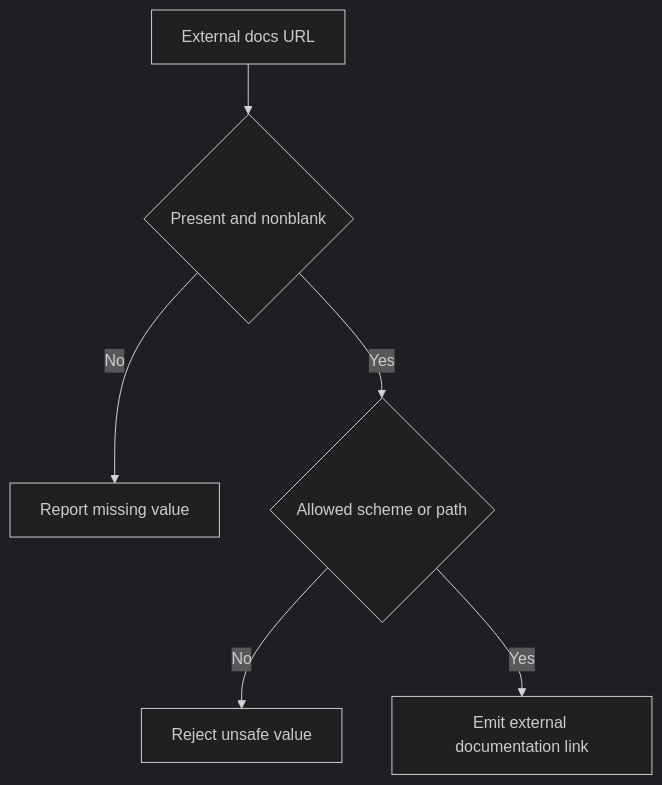
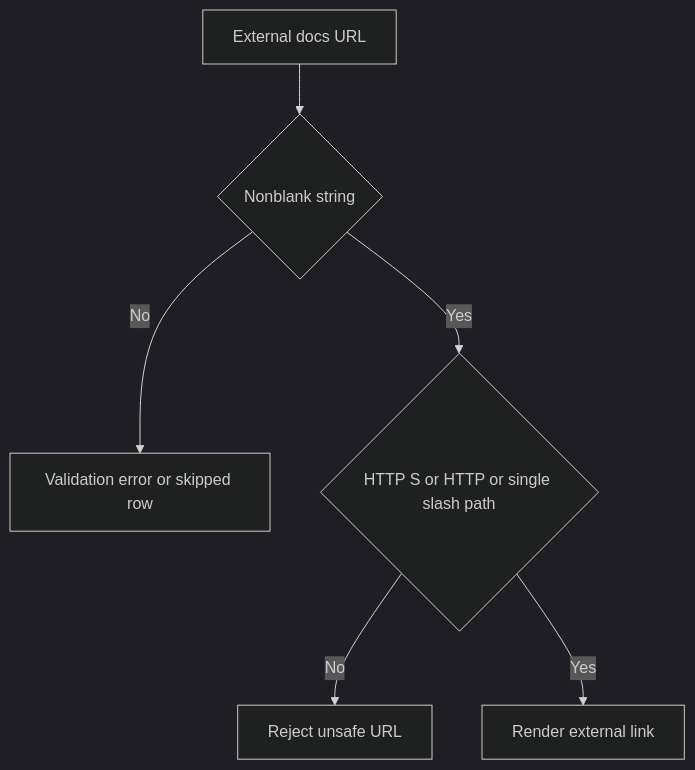
The second of 3 diagrams in openwiki/workflows/integration-listing-automation.md (langchain-ai/docs), drawn with Mermaid (dark theme) before and after one commit. The commit also changed other lines of this file and 20 other files, not shown here.

````diff
--- a/openwiki/workflows/integration-listing-automation.md
+++ b/openwiki/workflows/integration-listing-automation.md
@@ -132,8 +94,8 @@
 ```mermaid
 flowchart TD
-    Value["External docs URL"] --> Present{"Present and nonblank"}
-    Present -- No --> Missing["Report missing value"]
-    Present -- Yes --> Safe{"Allowed scheme or path"}
-    Safe -- No --> Reject["Reject unsafe value"]
-    Safe -- Yes --> Link["Emit external documentation link"]
+    URL["External docs URL"] --> Present{"Nonblank string"}
+    Present -- "No" --> Missing["Validation error or skipped row"]
+    Present -- "Yes" --> Allowed{"HTTP S or HTTP or single slash path"}
+    Allowed -- "No" --> Unsafe["Reject unsafe URL"]
+    Allowed -- "Yes" --> ExternalLink["Render external link"]
 ```
````
